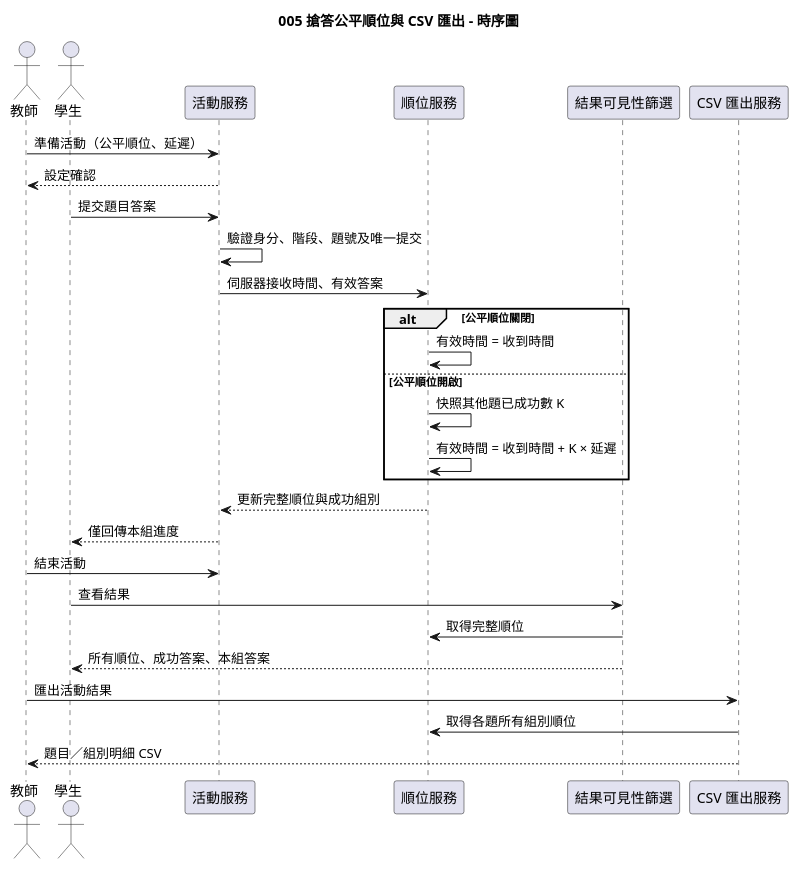
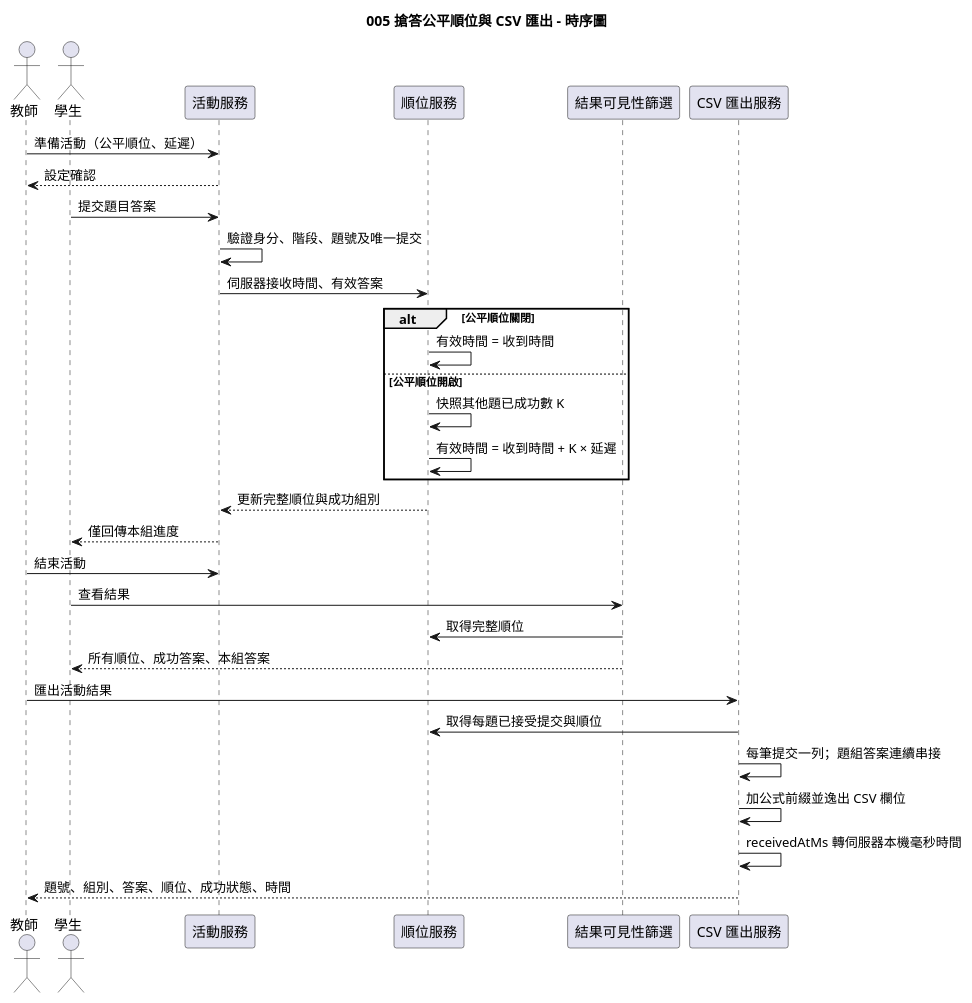
Before and after one commit to ncuyvonne/speckit-buzzer: the diagram in diagrams/005-buzzer-ranking-export-sequence.puml, drawn with PlantUML. The commit also changed 28 other files, not shown here.

```diff
--- a/diagrams/005-buzzer-ranking-export-sequence.puml
+++ b/diagrams/005-buzzer-ranking-export-sequence.puml
@@ -1,32 +1,35 @@
 @startuml
 title 005 搶答公平順位與 CSV 匯出 - 時序圖
 
 actor 教師
 actor 學生
 participant "活動服務" as Activity
 participant "順位服務" as Ranking
 participant "結果可見性篩選" as Visibility
 participant "CSV 匯出服務" as CSV
 
 教師 -> Activity : 準備活動（公平順位、延遲）
 Activity --> 教師 : 設定確認
 學生 -> Activity : 提交題目答案
 Activity -> Activity : 驗證身分、階段、題號及唯一提交
 Activity -> Ranking : 伺服器接收時間、有效答案
 alt 公平順位關閉
   Ranking -> Ranking : 有效時間 = 收到時間
 else 公平順位開啟
   Ranking -> Ranking : 快照其他題已成功數 K
   Ranking -> Ranking : 有效時間 = 收到時間 + K × 延遲
 end
 Ranking --> Activity : 更新完整順位與成功組別
 Activity --> 學生 : 僅回傳本組進度
 
 教師 -> Activity : 結束活動
 學生 -> Visibility : 查看結果
 Visibility -> Ranking : 取得完整順位
 Visibility --> 學生 : 所有順位、成功答案、本組答案
 教師 -> CSV : 匯出活動結果
-CSV -> Ranking : 取得各題所有組別順位
-CSV --> 教師 : 題目／組別明細 CSV
+CSV -> Ranking : 取得每題已接受提交與順位
+CSV -> CSV : 每筆提交一列；題組答案連續串接
+CSV -> CSV : 加公式前綴並逸出 CSV 欄位
+CSV -> CSV : receivedAtMs 轉伺服器本機毫秒時間
+CSV --> 教師 : 題號、組別、答案、順位、成功狀態、時間
 @enduml
```
